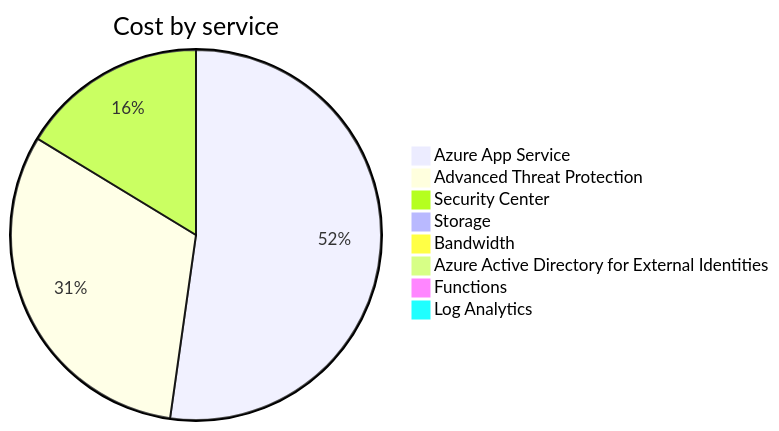
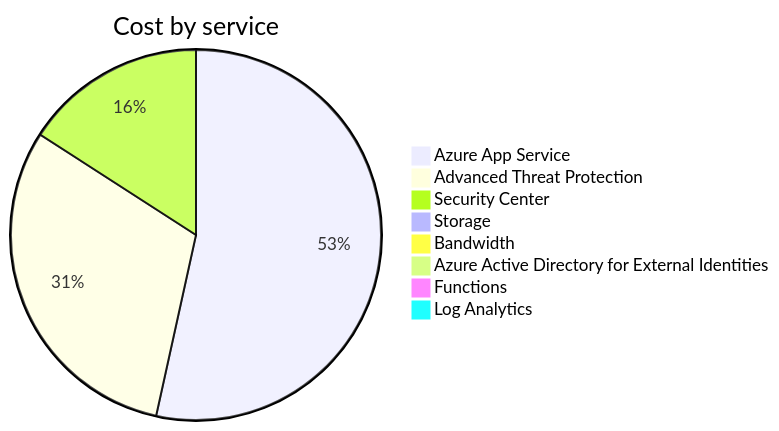
One commit to jpfulton/azure-personal-reports changed the second of 4 diagrams in cost-reports/personal-site/README.md. Above: the diagram before and after it, drawn with Mermaid. The commit also changed other lines of this file and 7 other files, not shown here.

````diff
--- a/cost-reports/personal-site/README.md
+++ b/cost-reports/personal-site/README.md
@@ -100,12 +100,12 @@
 ```mermaid
 pie
    title Cost by service
-   "Azure App Service" : 11.79
+   "Azure App Service" : 12.38
    "Advanced Threat Protection" : 7.10
    "Security Center" : 3.68
    "Storage" : 0.07
    "Bandwidth" : 0.00
    "Azure Active Directory for External Identities" : 0.00
    "Functions" : 0.00
    "Log Analytics" : 0.00
 ```
````
